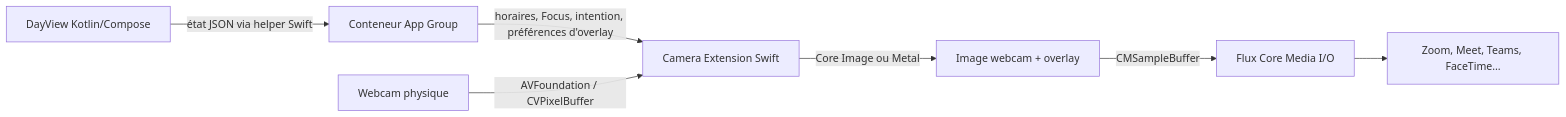
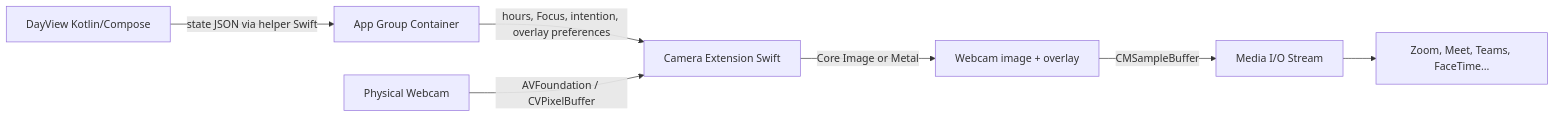
One commit to mremond/DayView changed the diagram in docs/camera-virtuelle-macos.md. Above: the diagram before and after it, drawn with Mermaid. The commit also changed other lines of this file and 3 other files, not shown here.

````diff
--- a/docs/camera-virtuelle-macos.md
+++ b/docs/camera-virtuelle-macos.md
@@ -45,9 +45,9 @@
 ```mermaid
 flowchart LR
-    DV["DayView Kotlin/Compose"] -->|"état JSON via helper Swift"| AG["Conteneur App Group"]
-    AG -->|"horaires, Focus, intention, préférences d'overlay"| CE["Camera Extension Swift"]
-    WC["Webcam physique"] -->|"AVFoundation / CVPixelBuffer"| CE
-    CE -->|"Core Image ou Metal"| MIX["Image webcam + overlay"]
-    MIX -->|"CMSampleBuffer"| CMIO["Flux Core Media I/O"]
+    DV["DayView Kotlin/Compose"] -->|"state JSON via helper Swift"| AG["App Group Container"]
+    AG -->|"hours, Focus, intention, overlay preferences"| CE["Camera Extension Swift"]
+    WC["Physical Webcam"] -->|"AVFoundation / CVPixelBuffer"| CE
+    CE -->|"Core Image or Metal"| MIX["Webcam image + overlay"]
+    MIX -->|"CMSampleBuffer"| CMIO["Media I/O Stream"]
     CMIO --> APP["Zoom, Meet, Teams, FaceTime…"]
 ```
````
